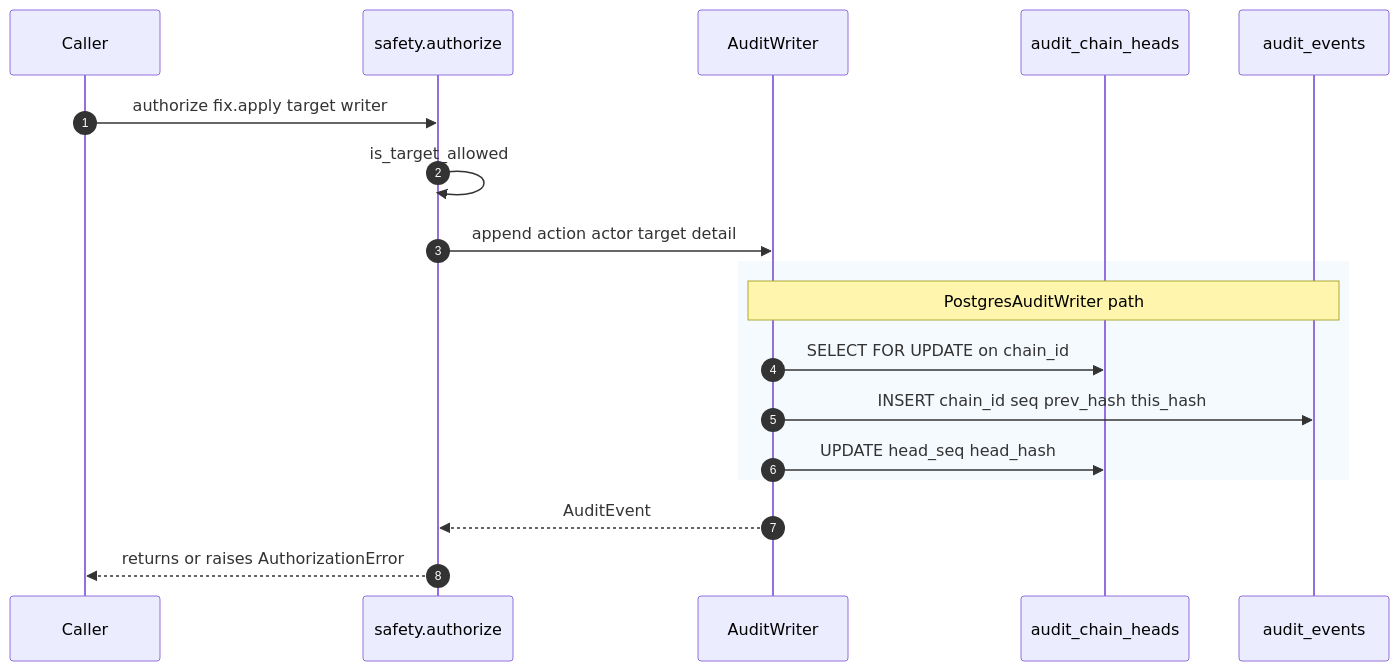
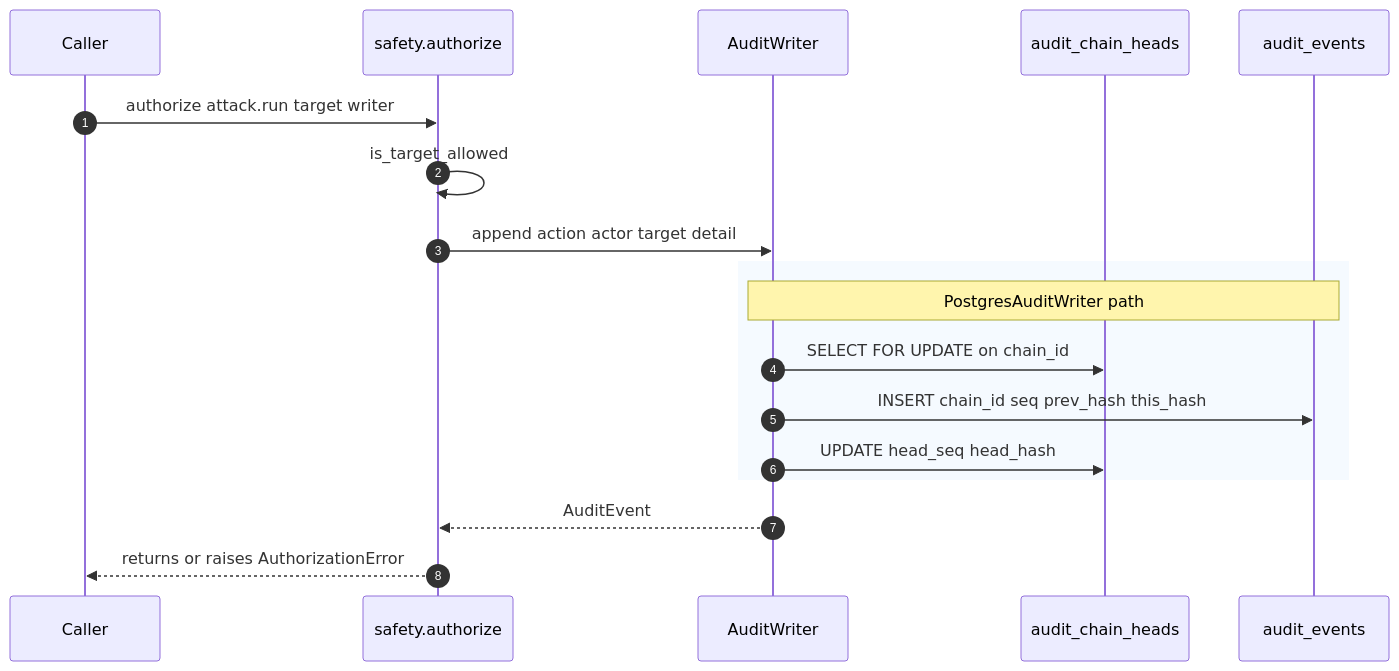
Before and after one commit to IntelliBridge/ndia-red-team-simulator: the second of 2 diagrams in docs/architecture/audit-chain.md, drawn with Mermaid. The commit also changed other lines of this file and 32 other files, not shown here.

First line of the commit message:
docs: refresh to redsim/P0 truth + Archify architecture diagrams (#20)

````diff
--- a/docs/architecture/audit-chain.md
+++ b/docs/architecture/audit-chain.md
@@ -95,23 +111,23 @@
 ```mermaid
 sequenceDiagram
     autonumber
     participant Caller
     participant safety as safety.authorize
     participant writer as AuditWriter
     participant heads as audit_chain_heads
     participant events as audit_events
 
-    Caller->>safety: authorize fix.apply target writer
+    Caller->>safety: authorize attack.run target writer
     safety->>safety: is_target_allowed
     safety->>writer: append action actor target detail
 
     rect rgb(245,250,255)
     Note over writer,events: PostgresAuditWriter path
     writer->>heads: SELECT FOR UPDATE on chain_id
     writer->>events: INSERT chain_id seq prev_hash this_hash
     writer->>heads: UPDATE head_seq head_hash
     end
 
     writer-->>safety: AuditEvent
     safety-->>Caller: returns or raises AuthorizationError
 ```
````
